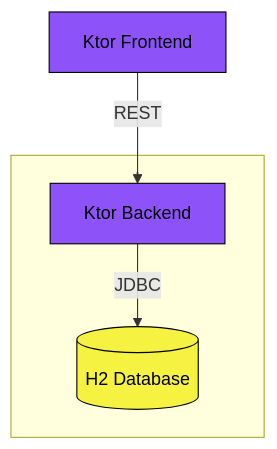
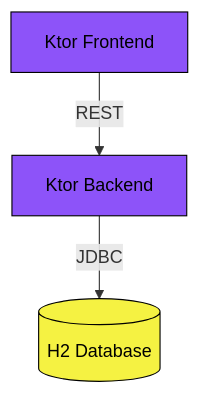
One commit to onlyteo/ktor-sandbox changed the diagram in ktor-crud-exposed-dao/README.md. Above: the diagram before and after it, drawn with Mermaid. The commit also changed other lines of this file and 122 other files, not shown here.

````diff
--- a/ktor-crud-exposed-dao/README.md
+++ b/ktor-crud-exposed-dao/README.md
@@ -9,14 +29,12 @@
 ```mermaid
 graph TD
     A[Ktor Frontend]:::ktor
     B[Ktor Backend]:::ktor
     C[(H2 Database)]:::h2
 
     A -- REST --> B
-    subgraph .
     B -- JDBC --> C
-    end
 
     classDef ktor fill: #8d53f9, stroke: #000000, color: #000000
     classDef h2 fill: #f5f242, stroke: #000000, color: #000000
 ```
````
